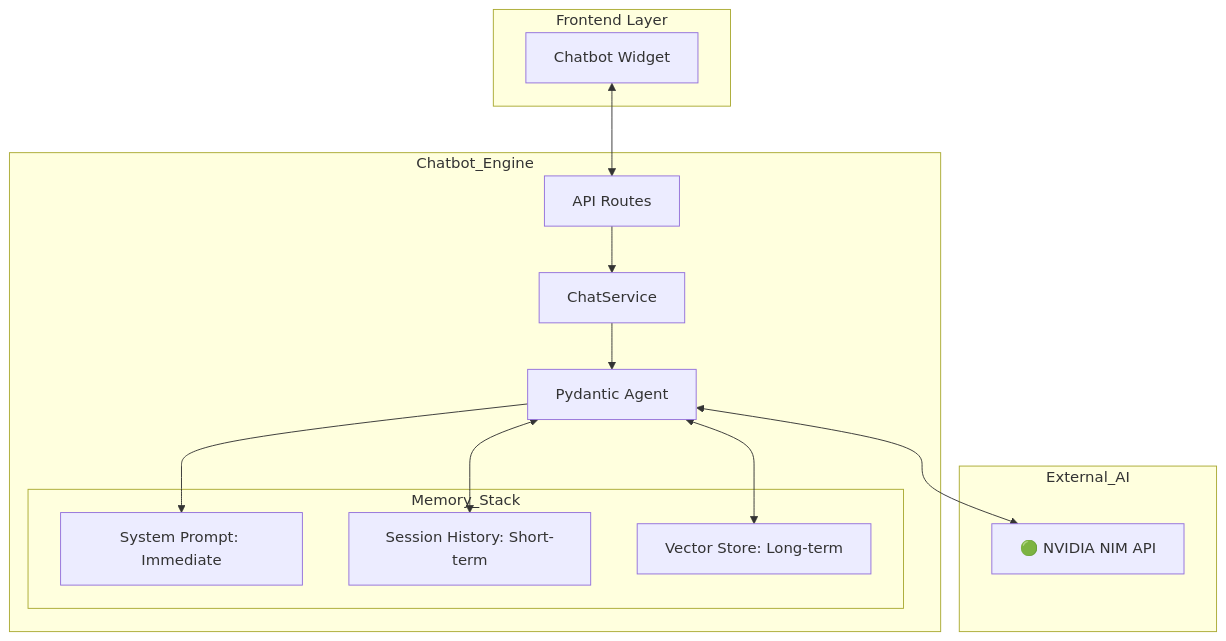
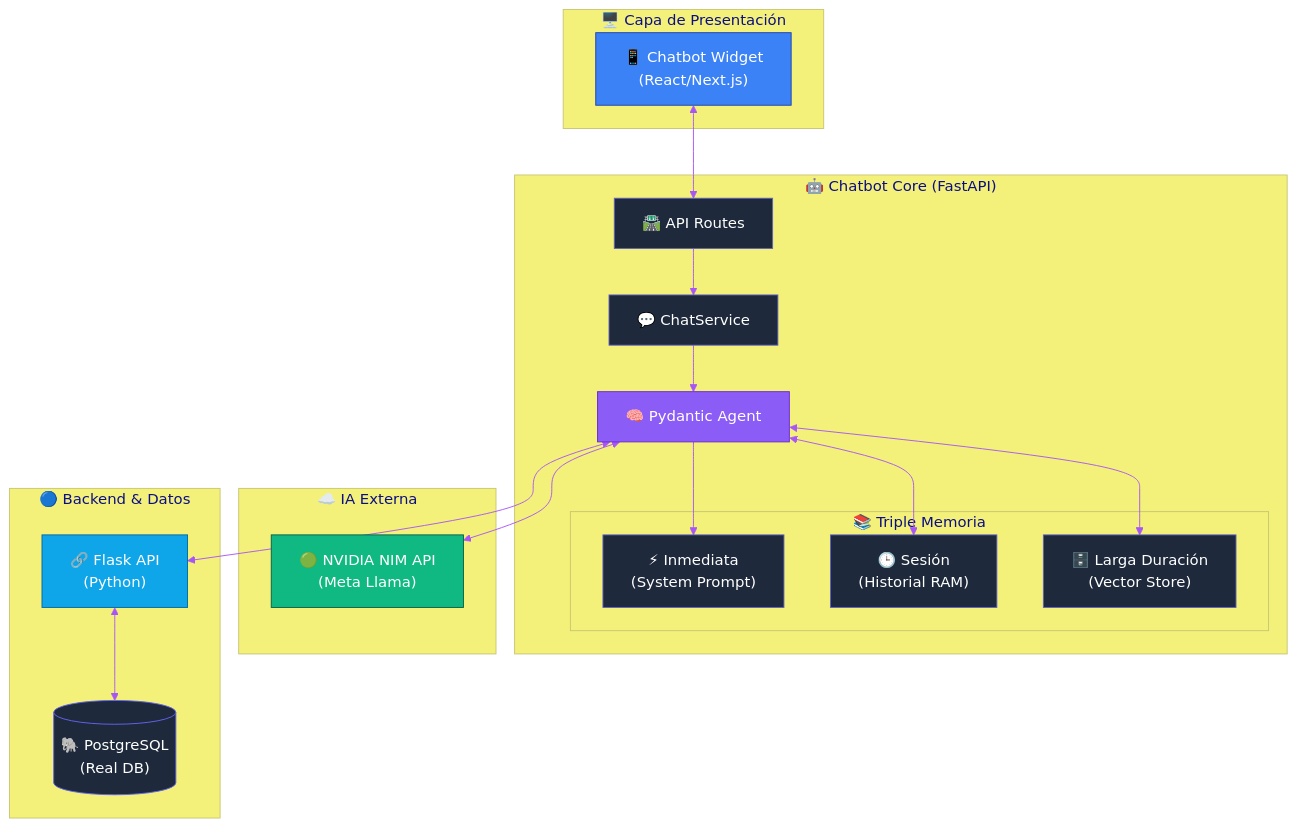
Before and after one commit to DennisonCc/ChatBot-Basadas: the diagram in architecture.md, drawn with Mermaid. The commit also changed 7 other files, not shown here.

````diff
--- a/architecture.md
+++ b/architecture.md
@@ -54,28 +54,43 @@
 ```mermaid
+%%{init: {'theme': 'base', 'themeVariables': { 'primaryColor': '#6366f1', 'primaryTextColor': '#fff', 'lineColor': '#a855f7', 'background': '#0f172a', 'mainBkg': '#1e293b'}}}%%
 graph TD
-    subgraph Frontend Layer
-        W[Chatbot Widget]
+    subgraph Frontend_Layer["🖥️ Capa de Presentación"]
+        W["📱 Chatbot Widget<br/>(React/Next.js)"]
     end
 
-    subgraph Chatbot_Engine
-        R[API Routes] --> SVC[ChatService]
-        SVC --> AGENT[Pydantic Agent]
+    subgraph Chatbot_Engine["🤖 Chatbot Core (FastAPI)"]
+        R["🛣️ API Routes"] --> SVC["💬 ChatService"]
+        SVC --> AGENT["🧠 Pydantic Agent"]
         
-        subgraph Memory_Stack
-            IMM[System Prompt: Immediate]
-            SESS[Session History: Short-term]
-            RAG[Vector Store: Long-term]
+        subgraph Memory_Stack["📚 Triple Memoria"]
+            IMM["⚡ Inmediata<br/>(System Prompt)"]
+            SESS["🕒 Sesión<br/>(Historial RAM)"]
+            RAG["🗄️ Larga Duración<br/>(Vector Store)"]
         end
         
         AGENT --> IMM
         AGENT <--> SESS
         AGENT <--> RAG
     end
 
-    subgraph External_AI
-        NVIDIA["🟢 NVIDIA NIM API"]
+    subgraph External_AI["☁️ IA Externa"]
+        NVIDIA["🟢 NVIDIA NIM API<br/>(Meta Llama)"]
+    end
+
+    subgraph Backend_Data["🔵 Backend & Datos"]
+        FLASK["🔗 Flask API<br/>(Python)"]
+        DB[("🐘 PostgreSQL<br/>(Real DB)")]
     end
 
     W <--> R
     AGENT <--> NVIDIA
+    AGENT <--> FLASK
+    FLASK <--> DB
+
+    %% Estilos
+    style W fill:#3b82f6,stroke:#1e40af,color:#fff
+    style AGENT fill:#8b5cf6,stroke:#6d28d9,color:#fff
+    style NVIDIA fill:#10b981,stroke:#065f46,color:#fff
+    style FLASK fill:#0ea5e9,stroke:#0369a1,color:#fff
+    style DB fill:#1e293b,stroke:#6366f1,color:#fff
 ```
````
